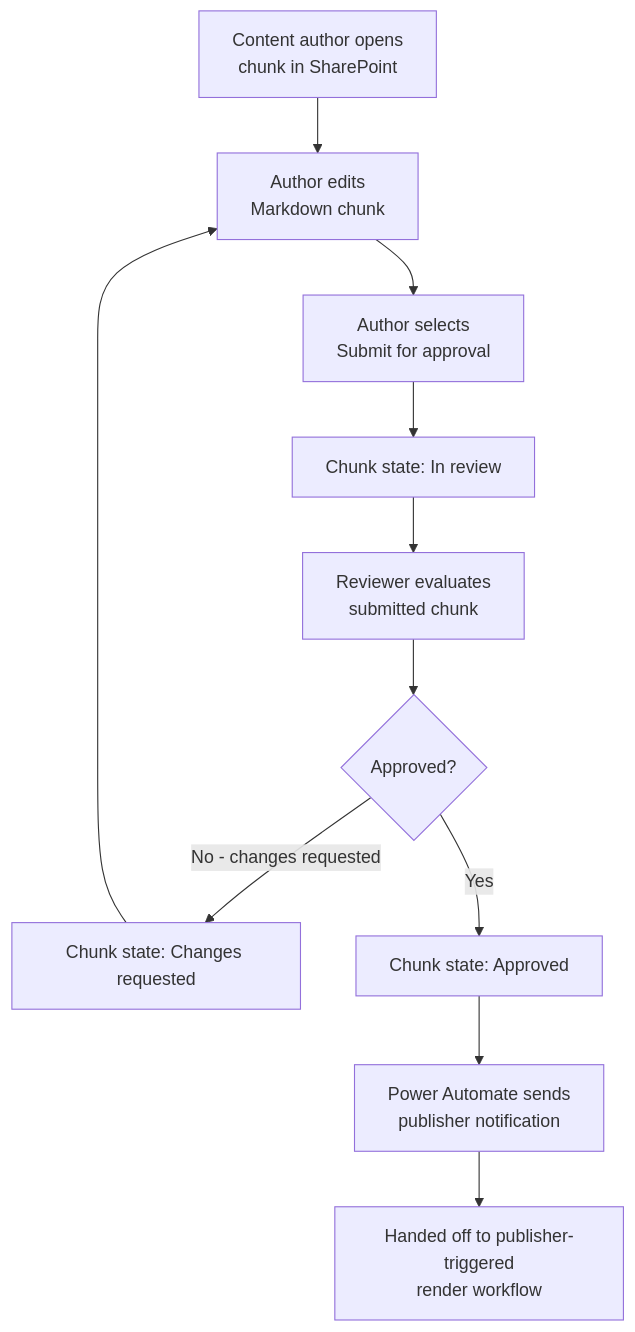
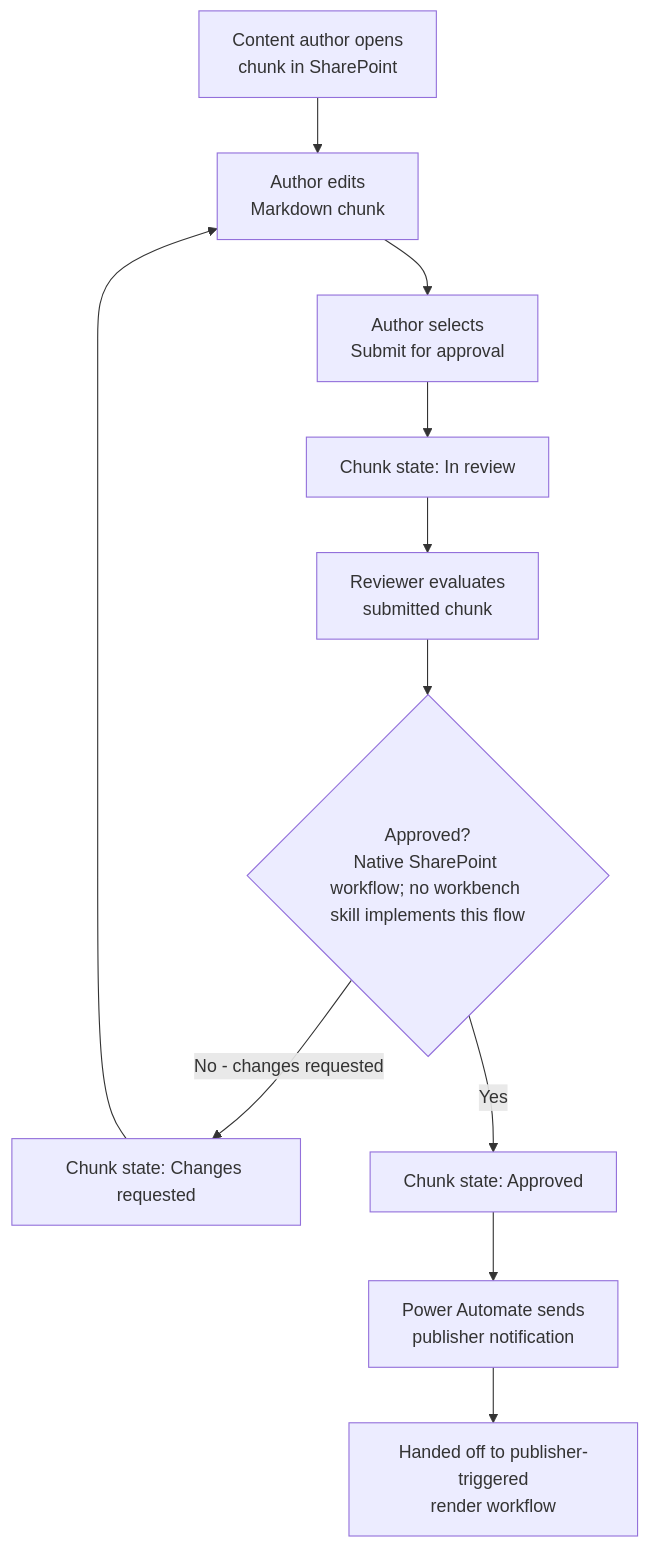
Before and after one commit to bcgov/sharepoint-knowledge-workbench: the diagram in docs/diagrams/08-phase3-editor-submission-and-approval-workflow.mmd, drawn with Mermaid. The commit also changed 2840 other files, not shown here.

```diff
--- a/docs/diagrams/08-phase3-editor-submission-and-approval-workflow.mmd
+++ b/docs/diagrams/08-phase3-editor-submission-and-approval-workflow.mmd
@@ -1,19 +1,19 @@
 flowchart TD
     A["Content author opens<br/>chunk in SharePoint"] --> B["Author edits<br/>Markdown chunk"]
 
     B --> C["Author selects<br/>Submit for approval"]
 
     C --> D["Chunk state: In review"]
 
     D --> E["Reviewer evaluates<br/>submitted chunk"]
 
-    E --> F{"Approved?"}
+    E --> F{"Approved?\nNative SharePoint workflow; no workbench skill implements this flow"}
 
     F -- "No - changes requested" --> G["Chunk state: Changes requested"]
     G --> B
 
     F -- "Yes" --> H["Chunk state: Approved"]
 
     H --> I["Power Automate sends<br/>publisher notification"]
 
     I --> J["Handed off to publisher-triggered<br/>render workflow"]
```
